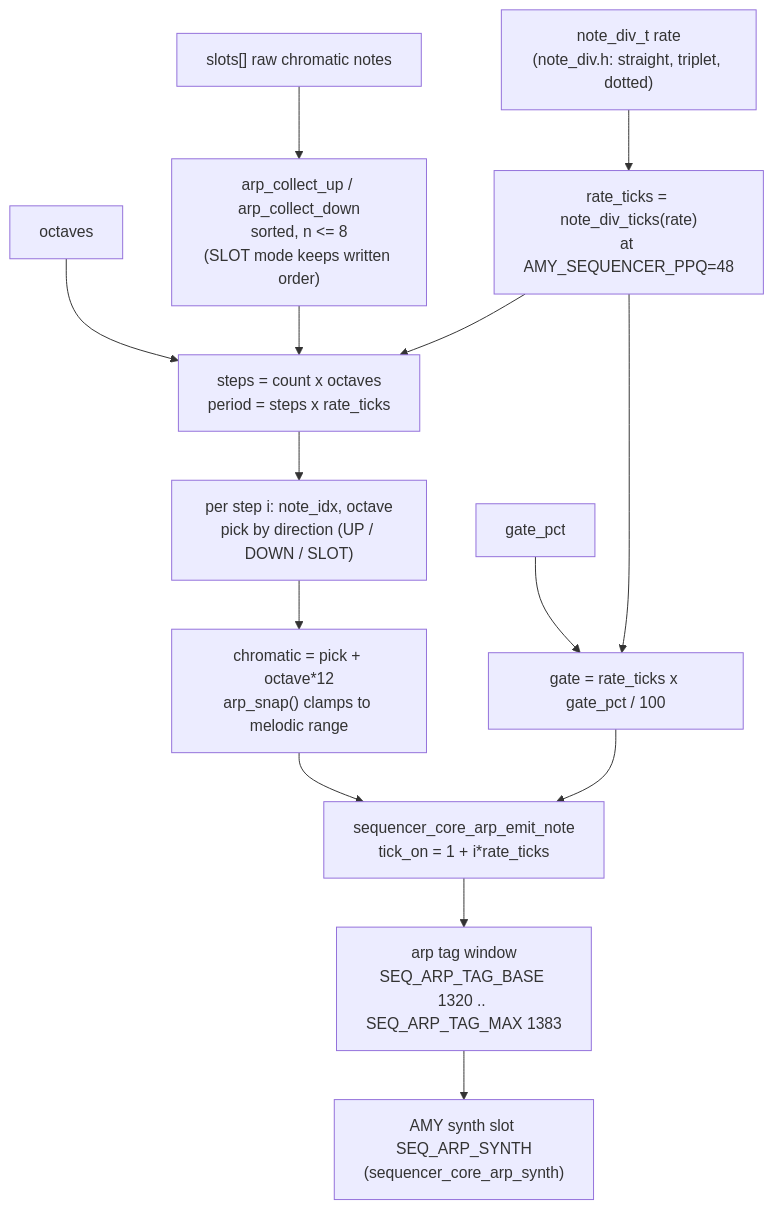
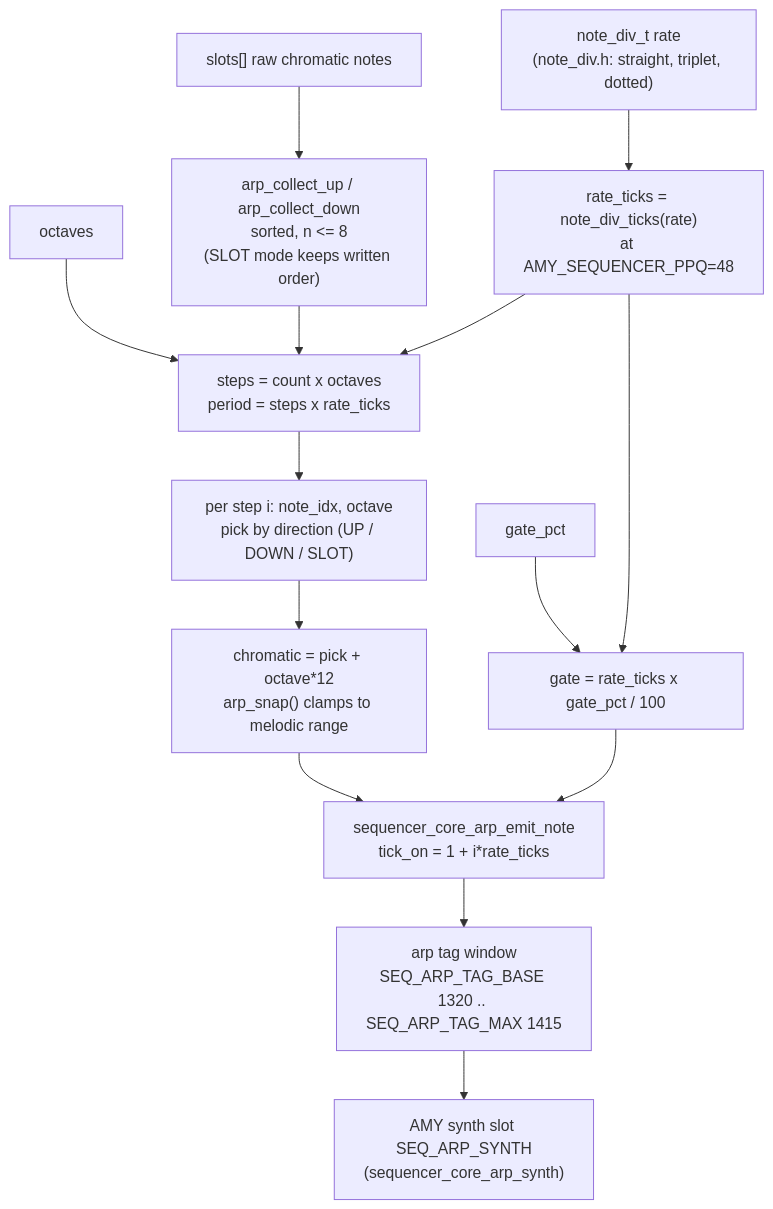
Before and after one commit to rt-rtos/S3-Amysynth: the second of 3 diagrams in components/synth_core/ARP-ARCHITECTURE.md, drawn with Mermaid. The commit also changed other lines of this file and 108 other files, not shown here.

````diff
--- a/components/synth_core/ARP-ARCHITECTURE.md
+++ b/components/synth_core/ARP-ARCHITECTURE.md
@@ -66,16 +66,16 @@
 ```mermaid
 flowchart TD
     RATE["note_div_t rate\n(note_div.h: straight, triplet, dotted)"] --> TICKS["rate_ticks = note_div_ticks(rate)\nat AMY_SEQUENCER_PPQ=48"]
     SLOTS["slots[] raw chromatic notes"] --> SORT["arp_collect_up / arp_collect_down\nsorted, n <= 8\n(SLOT mode keeps written order)"]
     OCT["octaves"] --> STEPS
     SORT --> STEPS["steps = count x octaves\nperiod = steps x rate_ticks"]
     GATEPCT["gate_pct"] --> GATE["gate = rate_ticks x gate_pct / 100"]
     TICKS --> STEPS
     TICKS --> GATE
     STEPS --> PICK["per step i: note_idx, octave\npick by direction (UP / DOWN / SLOT)"]
     PICK --> SNAP["chromatic = pick + octave*12\narp_snap() clamps to melodic range"]
     SNAP --> EMIT["sequencer_core_arp_emit_note\ntick_on = 1 + i*rate_ticks"]
     GATE --> EMIT
-    EMIT --> TAGWIN["arp tag window\nSEQ_ARP_TAG_BASE 1320 .. SEQ_ARP_TAG_MAX 1383"]
+    EMIT --> TAGWIN["arp tag window\nSEQ_ARP_TAG_BASE 1320 .. SEQ_ARP_TAG_MAX 1415"]
     TAGWIN --> SYNTH["AMY synth slot SEQ_ARP_SYNTH\n(sequencer_core_arp_synth)"]
 ```
````
